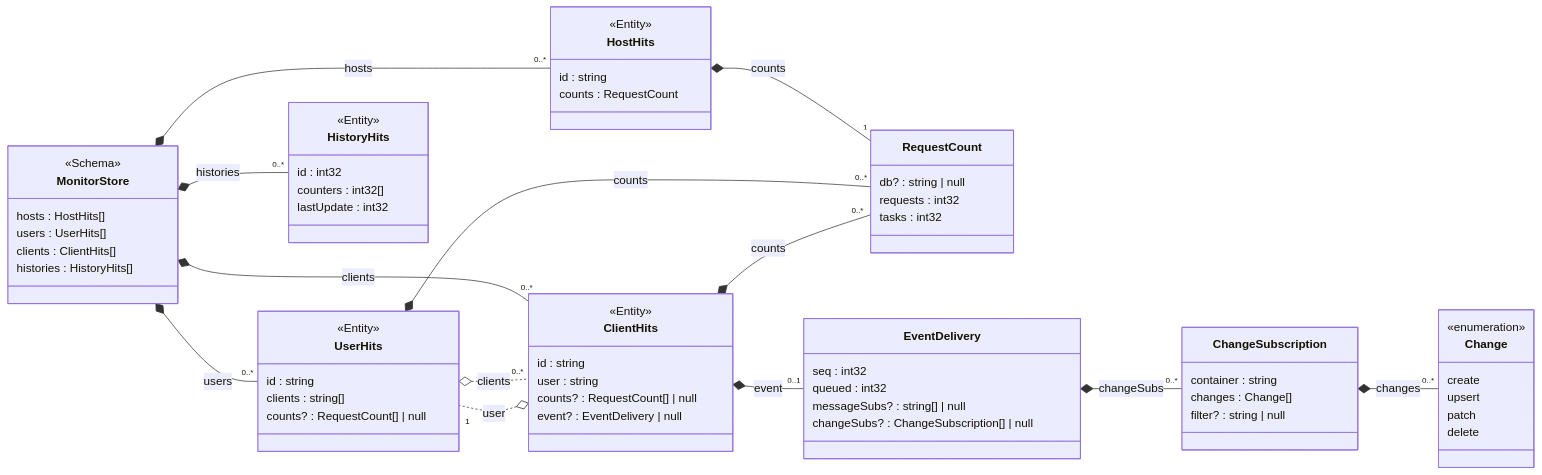
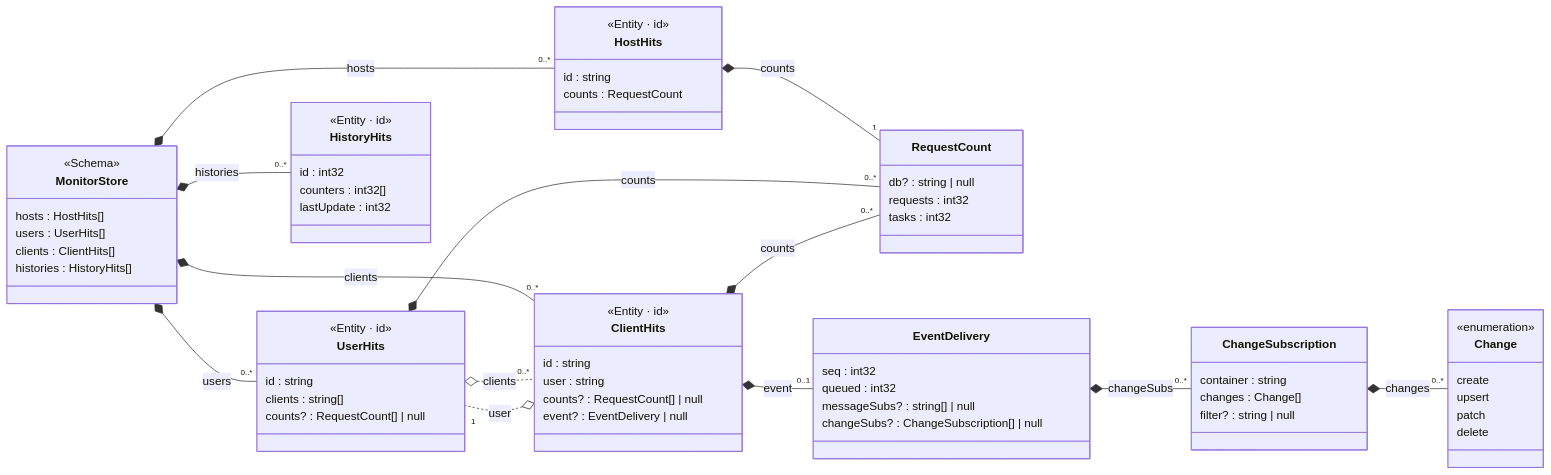
The diagram in Json.Tests/assets~/Schema/Markdown/MonitorStore/class-diagram.md (friflo/Friflo.Json.Fliox), drawn with Mermaid before and after one commit. The commit also changed 6 other files, not shown here.

Commit message:
Schema/Language/Mermaid - annotate entity types with <<Entity · {key}>>

````diff
--- a/Json.Tests/assets~/Schema/Markdown/MonitorStore/class-diagram.md
+++ b/Json.Tests/assets~/Schema/Markdown/MonitorStore/class-diagram.md
@@ -1,83 +1,83 @@
 ```mermaid
 classDiagram
 direction LR
 
 class MonitorStore:::cssSchema {
     <<Schema>>
     <<abstract>>
     hosts      : HostHits[]
     users      : UserHits[]
     clients    : ClientHits[]
     histories  : HistoryHits[]
 }
 MonitorStore *-- "0..*" HostHits : hosts
 MonitorStore *-- "0..*" UserHits : users
 MonitorStore *-- "0..*" ClientHits : clients
 MonitorStore *-- "0..*" HistoryHits : histories
 
 class HostHits:::cssEntity {
-    <<Entity>>
+    <<Entity · id>>
     id      : string
     counts  : RequestCount
 }
 HostHits *-- "1" RequestCount : counts
 
 class UserHits:::cssEntity {
-    <<Entity>>
+    <<Entity · id>>
     id       : string
     clients  : string[]
     counts?  : RequestCount[] | null
 }
 UserHits o.. "0..*" ClientHits : clients
 UserHits *-- "0..*" RequestCount : counts
 
 class ClientHits:::cssEntity {
-    <<Entity>>
+    <<Entity · id>>
     id      : string
     user    : string
     counts? : RequestCount[] | null
     event?  : EventDelivery | null
 }
 ClientHits o.. "1" UserHits : user
 ClientHits *-- "0..*" RequestCount : counts
 ClientHits *-- "0..1" EventDelivery : event
 
 class HistoryHits:::cssEntity {
-    <<Entity>>
+    <<Entity · id>>
     id          : int32
     counters    : int32[]
     lastUpdate  : int32
 }
 
 class RequestCount {
     db?       : string | null
     requests  : int32
     tasks     : int32
 }
 
 class EventDelivery {
     seq          : int32
     queued       : int32
     messageSubs? : string[] | null
     changeSubs?  : ChangeSubscription[] | null
 }
 EventDelivery *-- "0..*" ChangeSubscription : changeSubs
 
 class ChangeSubscription {
     container  : string
     changes    : Change[]
     filter?    : string | null
 }
 ChangeSubscription *-- "0..*" Change : changes
 
 class Change:::cssEnum {
     <<enumeration>>
     create
     upsert
     patch
     delete
 }
 
 
 
 ```
````
